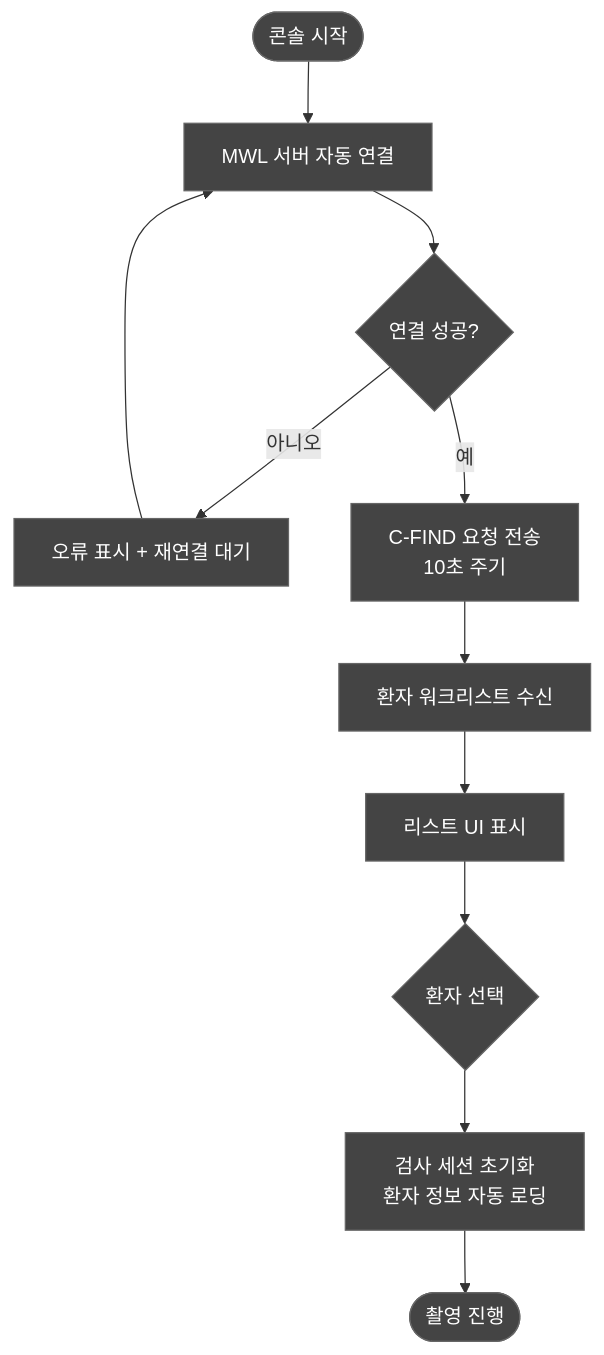
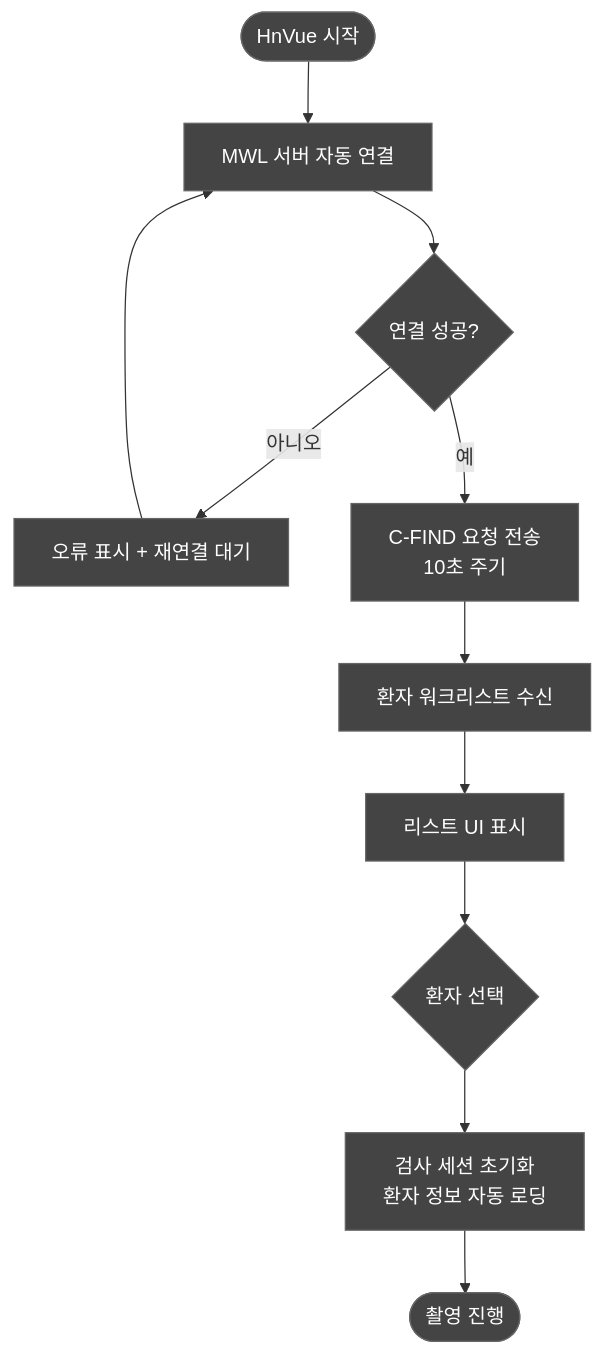
The first of 8 diagrams in docs/planning/DOC-001b_MR_Detailed_Spec_Tier2_3_4.md (holee9/console-gui), drawn with Mermaid before and after one commit. The commit also changed other lines of this file and 1 other file, not shown here.

First line of the commit message:
fix: MR 설명서 용어 통일 — 콘솔/앱/프로그램 시작 → HnVue 시작

````diff
--- a/docs/planning/DOC-001b_MR_Detailed_Spec_Tier2_3_4.md
+++ b/docs/planning/DOC-001b_MR_Detailed_Spec_Tier2_3_4.md
@@ -61,24 +61,24 @@
 ```mermaid
 flowchart TD
-    A([콘솔 시작]) --> B[MWL 서버 자동 연결]
+    A([HnVue 시작]) --> B[MWL 서버 자동 연결]
     B --> C{연결 성공?}
     C -- 아니오 --> D[오류 표시 + 재연결 대기]
     D --> B
     C -- 예 --> E[C-FIND 요청 전송\n10초 주기]
     E --> F[환자 워크리스트 수신]
     F --> G[리스트 UI 표시]
     G --> H{환자 선택}
     H --> I[검사 세션 초기화\n환자 정보 자동 로딩]
     I --> J([촬영 진행])
 
     style A fill:#444,stroke:#666,color:#fff
     style B fill:#444,stroke:#666,color:#fff
     style C fill:#444,stroke:#666,color:#fff
     style D fill:#444,stroke:#666,color:#fff
     style E fill:#444,stroke:#666,color:#fff
     style F fill:#444,stroke:#666,color:#fff
     style G fill:#444,stroke:#666,color:#fff
     style H fill:#444,stroke:#666,color:#fff
     style I fill:#444,stroke:#666,color:#fff
     style J fill:#444,stroke:#666,color:#fff
 ```
````
